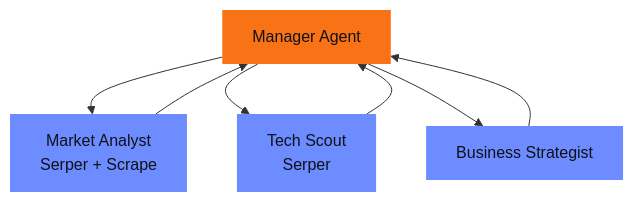
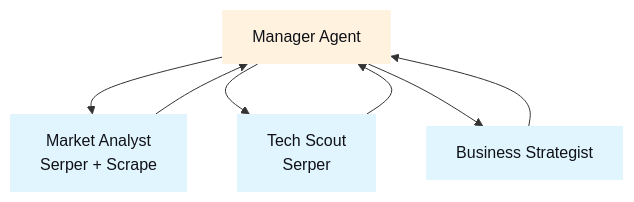
Before and after one commit to mj-deving/crewai-n8n-bridge: the fifth of 6 diagrams in README.md, drawn with Mermaid. The commit also changed other lines of this file, not shown here.

````diff
--- a/README.md
+++ b/README.md
@@ -100,12 +100,12 @@
 ```mermaid
 flowchart TD
     M["Manager Agent"] --> MA["Market Analyst\nSerper + Scrape"]
     M --> TS["Tech Scout\nSerper"]
     M --> BS["Business Strategist"]
     MA & TS & BS --> M
 
-    style M fill:#f97316,color:#0f1117,stroke:none
-    style MA fill:#6c8cff,color:#0f1117,stroke:none
-    style TS fill:#6c8cff,color:#0f1117,stroke:none
-    style BS fill:#6c8cff,color:#0f1117,stroke:none
+    style M fill:#fff3e0,color:#0f1117,stroke:none
+    style MA fill:#e1f5fe,color:#0f1117,stroke:none
+    style TS fill:#e1f5fe,color:#0f1117,stroke:none
+    style BS fill:#e1f5fe,color:#0f1117,stroke:none
 ```
````
